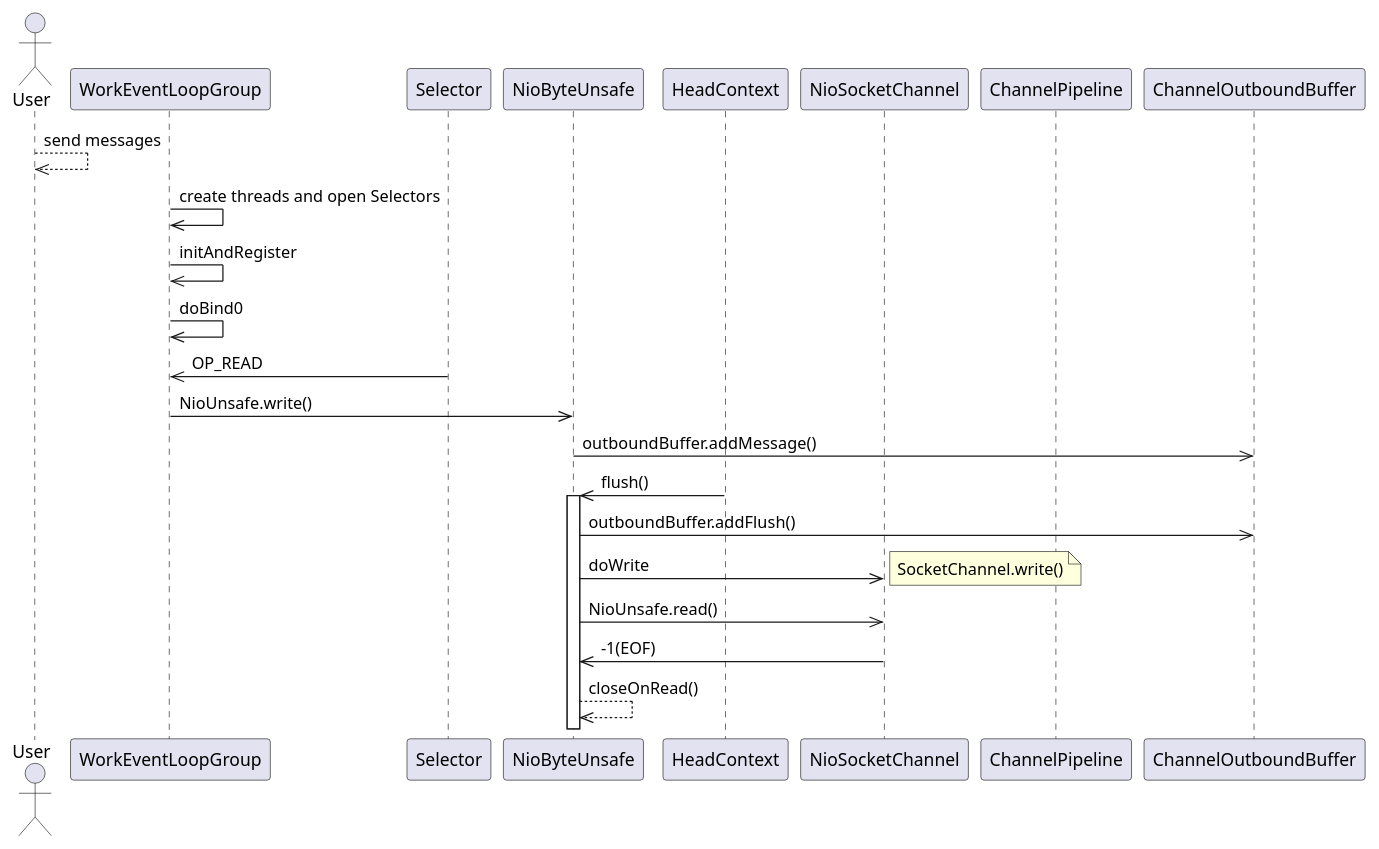
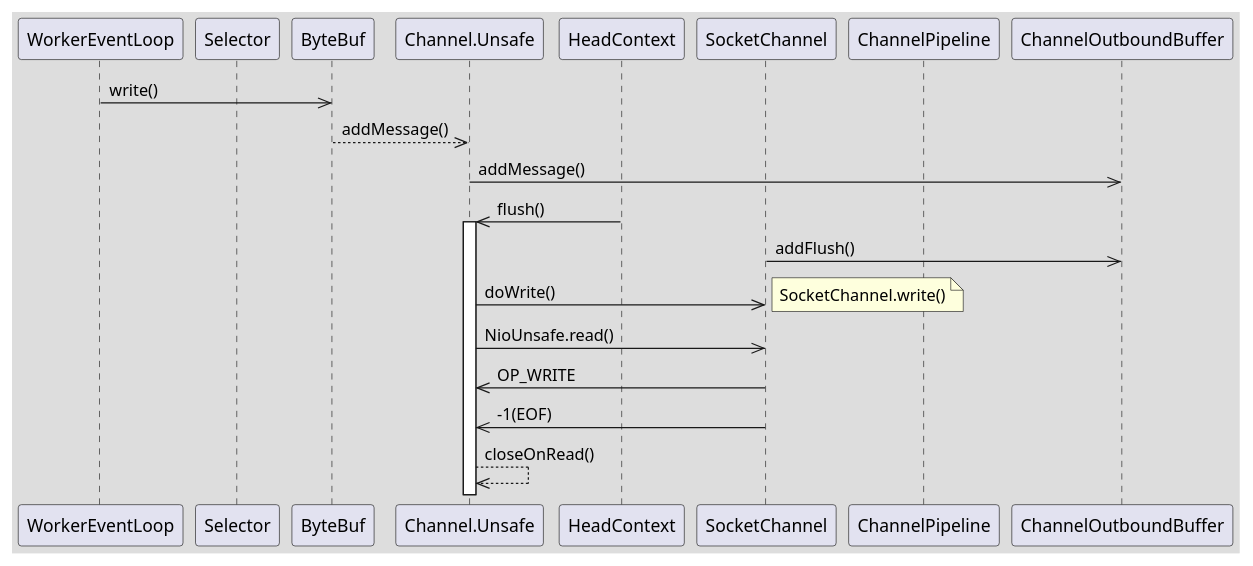
Before and after one commit to Robinpig/Note: the fourth of 5 diagrams in docs/CS/Java/Netty/Netty.md, drawn with PlantUML. The commit also changed other lines of this file, not shown here.

Commit message:
sequence

````diff
--- a/docs/CS/Java/Netty/Netty.md
+++ b/docs/CS/Java/Netty/Netty.md
@@ -160,26 +184,27 @@
 ```plantuml
-actor User
-User -->> User: send messages
-participant WorkEventLoopGroup as we
+skinparam backgroundColor #DDDDDD
+
+participant WorkerEventLoop as we
 participant Selector as se
-we ->> we: create threads and open Selectors
-we ->> we: initAndRegister
-we ->> we: doBind0
-se ->> we: OP_READ
-participant NioByteUnsafe as ue
+participant ByteBuf as bb
+
+we ->> bb: write()
+participant Channel.Unsafe as ue
 participant HeadContext as hc
-we ->> ue: NioUnsafe.write()
-participant NioSocketChannel as so
+
+bb -->> ue: addMessage()
+participant SocketChannel as so
 participant ChannelPipeline as pipe
 participant ChannelOutboundBuffer as ob
-ue ->> ob: outboundBuffer.addMessage()
+ue ->> ob: addMessage()
 hc ->> ue: flush()
 activate ue
-ue ->> ob: outboundBuffer.addFlush()
-ue ->> so: doWrite
+so ->> ob: addFlush()
+ue ->> so: doWrite()
 note right: SocketChannel.write()
 ue ->> so: NioUnsafe.read()
+so ->> ue: OP_WRITE
 so ->> ue: -1(EOF)
 ue -->> ue: closeOnRead()
 
 ```
````
